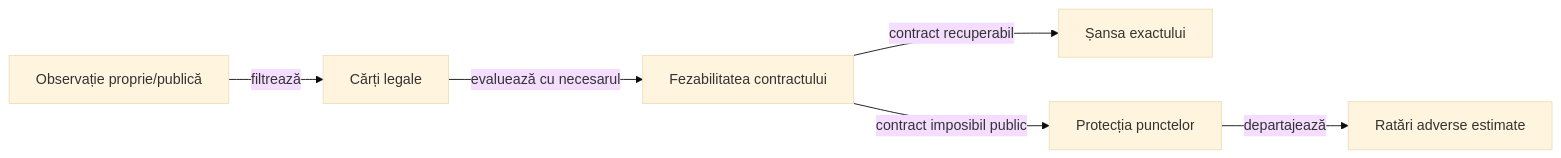
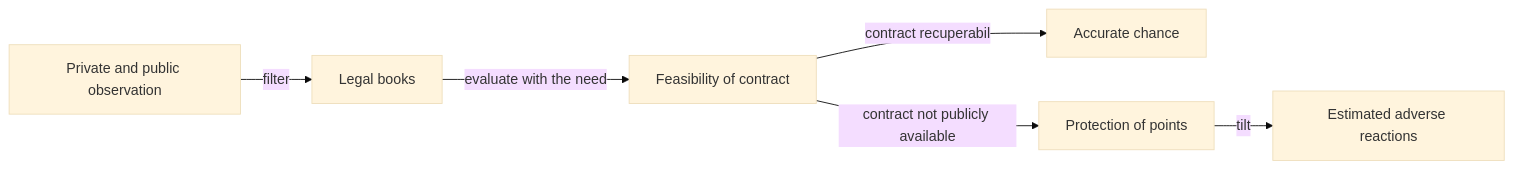
Before and after one commit to crististefanita/atf_j4: the diagram in docs/ai/ATF_ContextualPlay.md, drawn with Mermaid (base theme). The commit also changed other lines of this file and 122 other files, not shown here.

````diff
--- a/docs/ai/ATF_ContextualPlay.md
+++ b/docs/ai/ATF_ContextualPlay.md
@@ -9,8 +9,8 @@
 ```mermaid
 flowchart LR
-    OBS[Observație proprie/publică] -->|filtrează| LEGAL[Cărți legale]
-    LEGAL -->|evaluează cu necesarul| QUOTA[Fezabilitatea contractului]
-    QUOTA -->|contract recuperabil| EXACT[Șansa exactului]
-    QUOTA -->|contract imposibil public| POINTS[Protecția punctelor]
-    POINTS -->|departajează| RIVALS[Ratări adverse estimate]
+    OBS[Private and public observation] -->|filter| LEGAL[Legal books]
+    LEGAL -->|evaluate with the need| QUOTA[Feasibility of contract]
+    QUOTA -->|contract recuperabil| EXACT[Accurate chance]
+    QUOTA -->|contract not publicly available| POINTS[Protection of points]
+    POINTS -->|tilt| RIVALS[Estimated adverse reactions]
 ```
````
